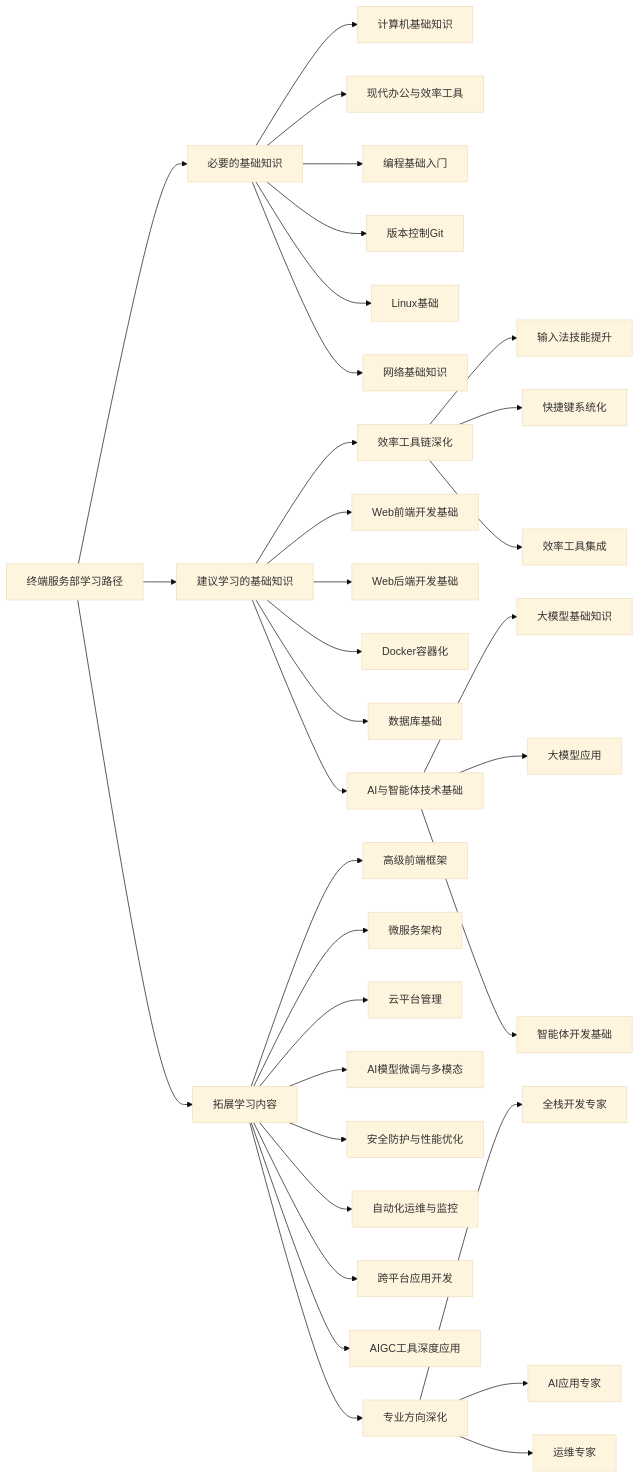
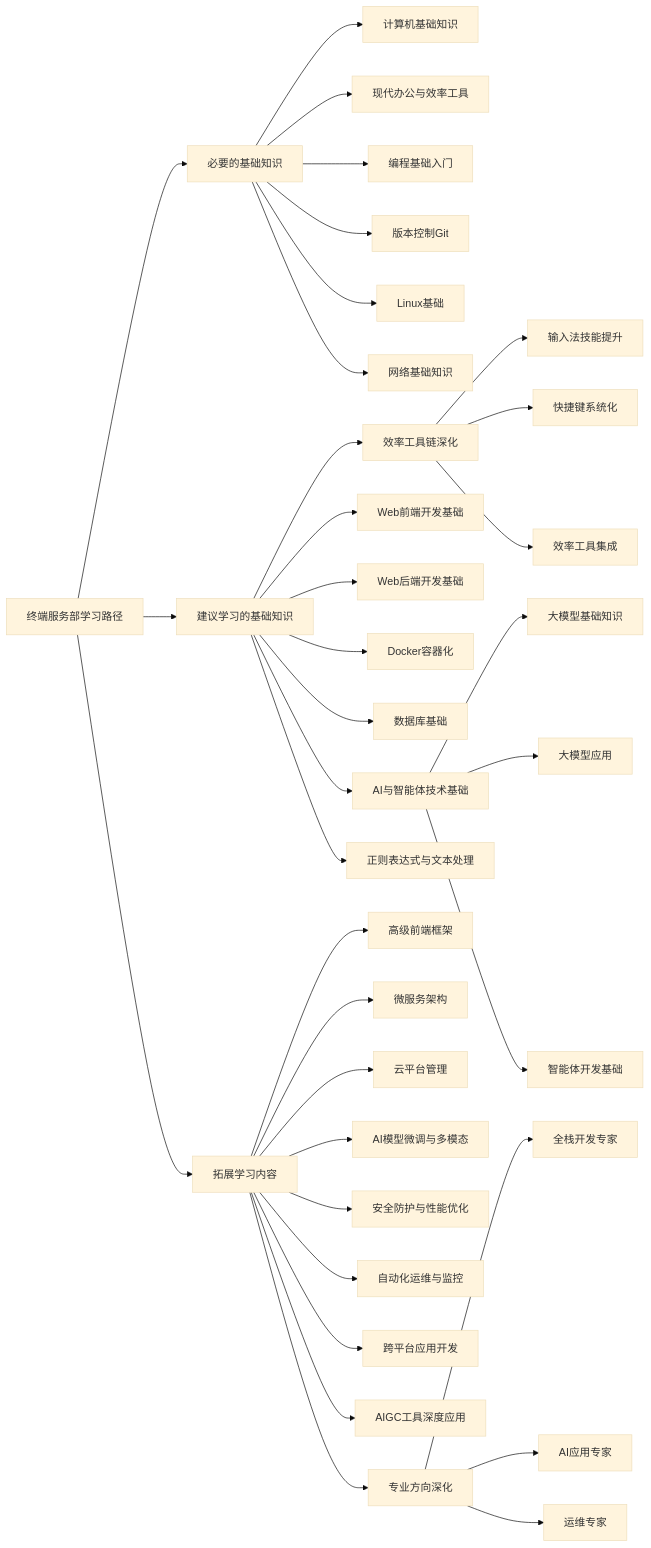
One commit to publieople/Operations-AI_Department changed the diagram in doc/RoadMap.md. Above: the diagram before and after it, drawn with Mermaid (base theme). The commit also changed other lines of this file, not shown here.

First line of the commit message:
``` docs(RoadMap): 新增正则表达式与文本处理章节并优化查阅指南

````diff
--- a/doc/RoadMap.md
+++ b/doc/RoadMap.md
@@ -35,42 +35,43 @@
 ```mermaid
 graph LR
     A[终端服务部学习路径] --> B[必要的基础知识]
     A --> C[建议学习的基础知识]
     A --> D[拓展学习内容]
 
     B --> B1[计算机基础知识]
     B --> B2[现代办公与效率工具]
     B --> B3[编程基础入门]
     B --> B4[版本控制Git]
     B --> B5[Linux基础]
     B --> B6[网络基础知识]
 
     C --> C1[效率工具链深化]
     C --> C2[Web前端开发基础]
     C --> C3[Web后端开发基础]
     C --> C4[Docker容器化]
     C --> C5[数据库基础]
     C --> C6[AI与智能体技术基础]
+    C --> C7[正则表达式与文本处理]
 
     C1 --> C1a[输入法技能提升]
     C1 --> C1b[快捷键系统化]
     C1 --> C1c[效率工具集成]
 
     C6 --> C6a[大模型基础知识]
     C6 --> C6b[大模型应用]
     C6 --> C6c[智能体开发基础]
 
     D --> D1[高级前端框架]
     D --> D2[微服务架构]
     D --> D3[云平台管理]
     D --> D4[AI模型微调与多模态]
     D --> D5[安全防护与性能优化]
     D --> D6[自动化运维与监控]
     D --> D7[跨平台应用开发]
     D --> D8[AIGC工具深度应用]
     D --> D9[专业方向深化]
 
     D9 --> D9a[全栈开发专家]
     D9 --> D9b[AI应用专家]
     D9 --> D9c[运维专家]
 ```
````
